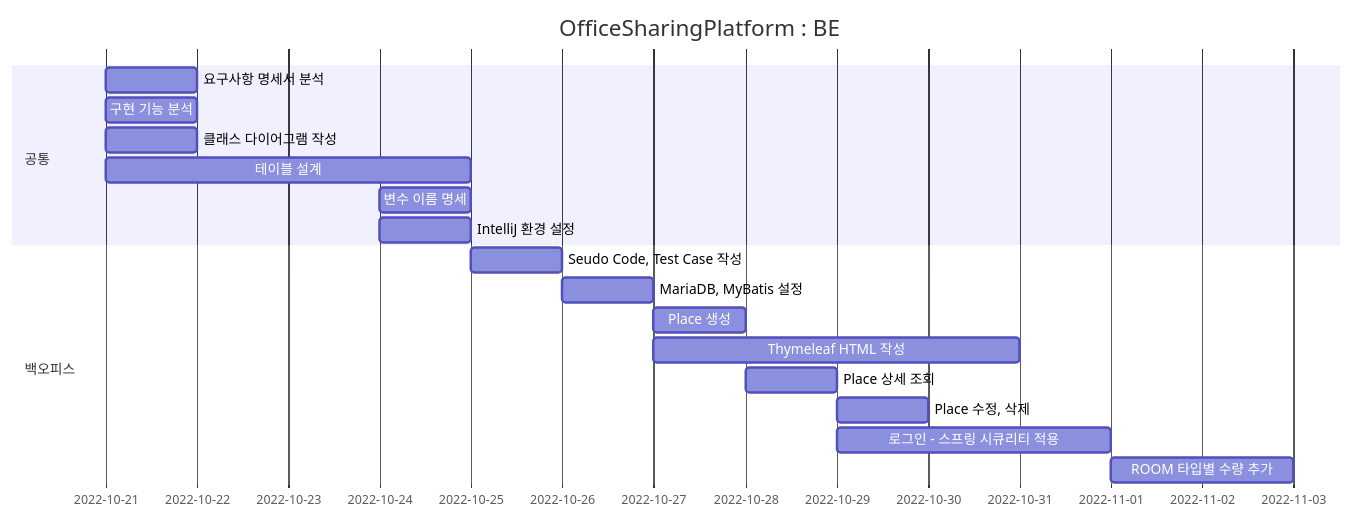
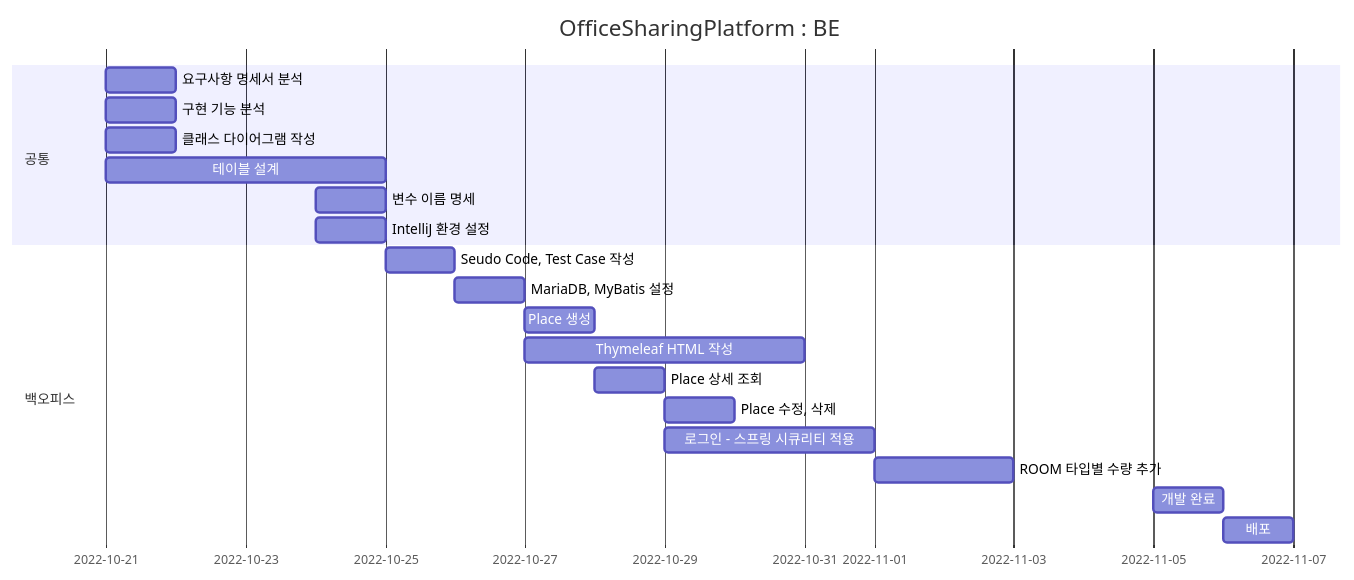
One commit to Hell-O-Demon-World/semi-OfficeSharingPlatform changed the diagram in README.md. Above: the diagram before and after it, drawn with Mermaid.

Commit message:
update : README

````diff
--- a/README.md
+++ b/README.md
@@ -3,23 +3,25 @@
 ```mermaid
 gantt
 dateFormat MM-DD
 title OfficeSharingPlatform : BE
 
     section 공통
     요구사항 명세서 분석      :chap1, 10-21, 1d
     구현 기능 분석          :chap2, 10-21, 1d
     클래스 다이어그램 작성    :chap3, 10-21, 1d 
     테이블 설계            :chap4, 10-21, 4d
     변수 이름 명세          :chap5, 10-24, 1d
     IntelliJ 환경 설정     :chap6, 10-24, 1d
     
     section 백오피스
     Seudo Code, Test Case 작성    :chap1, 10-25, 1d
     MariaDB, MyBatis 설정         :chap2, 10-26, 1d
     Place 생성                    :chap3, 10-27, 1d
     Thymeleaf HTML 작성           :chap4, 10-27, 4d
     Place 상세 조회                :chap5, 10-28, 1d
     Place 수정, 삭제               :chap6, 10-29, 1d
     로그인 - 스프링 시큐리티 적용       :chap7, 10-29, 3d
     ROOM 타입별 수량 추가            :chap8, 11-01, 2d
+    개발 완료                      :chap9, 11-05, 1d
+    배포                          :chap10, 11-06, 1d
 ```
````
